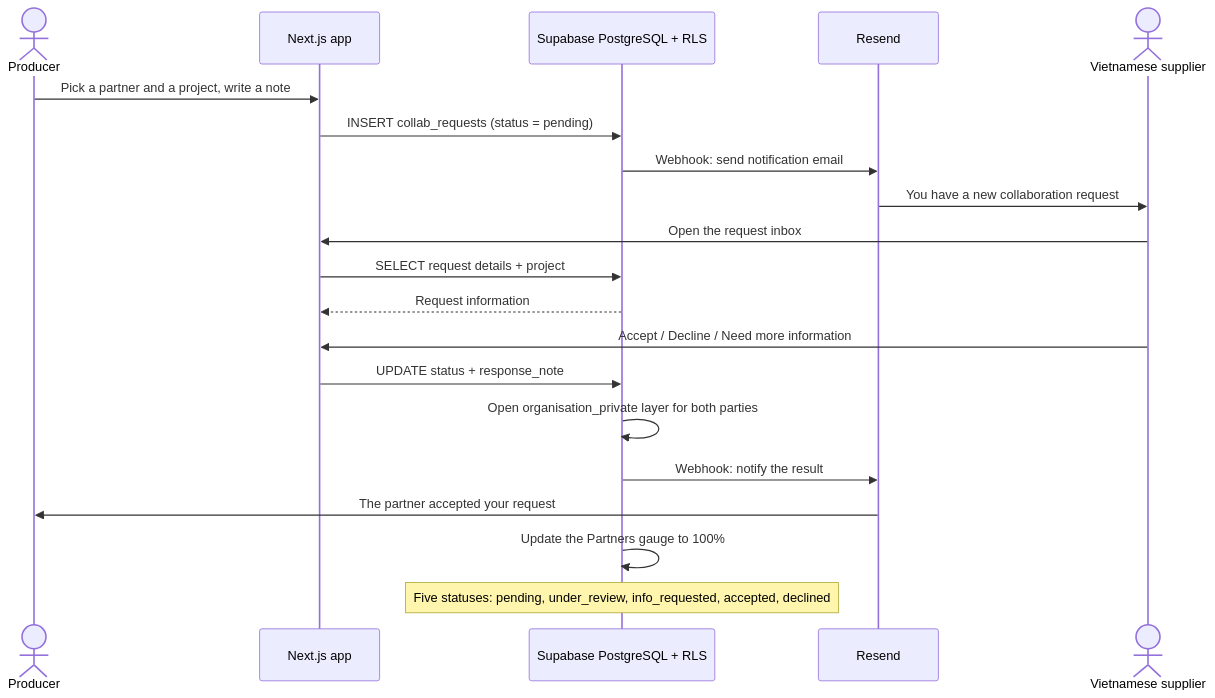
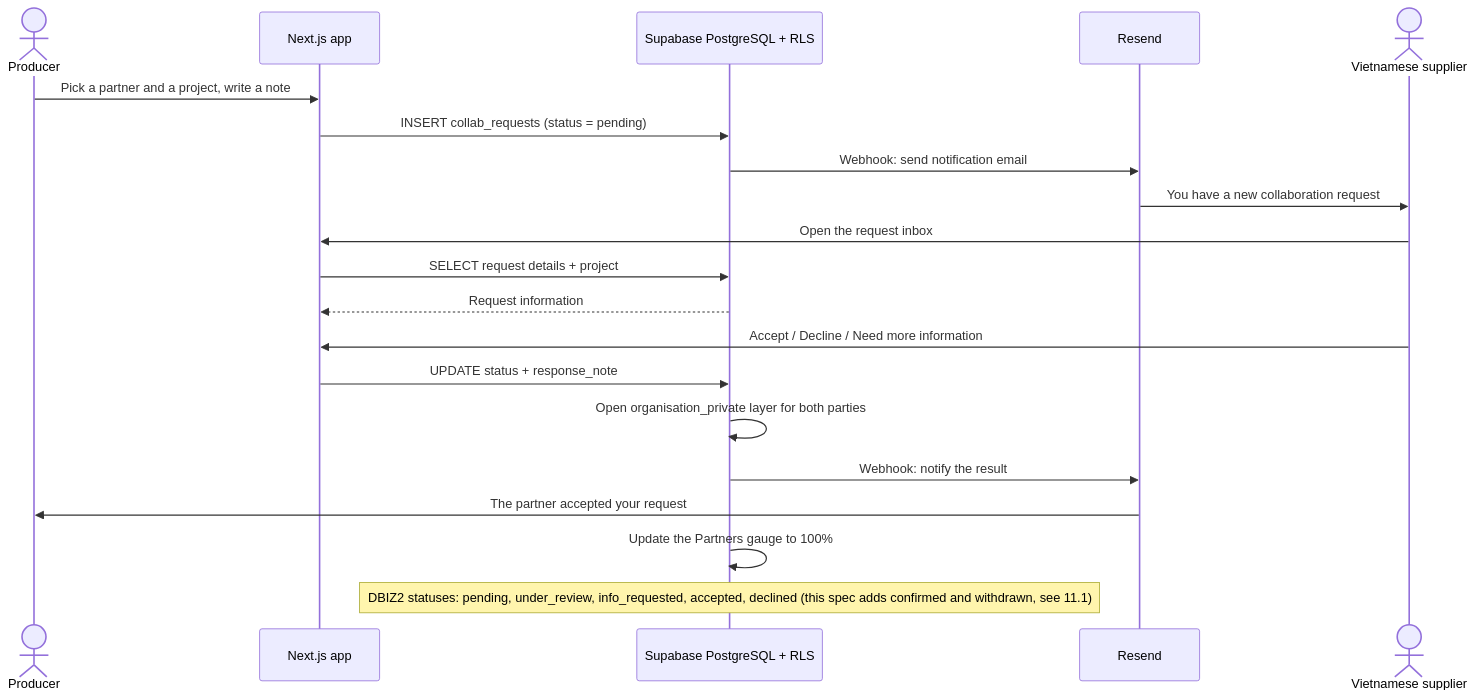
The third of 4 diagrams in docs/spec/spec-M4.md (namnt2005/CINEMATCH-DBIZ3.TeamC), drawn with Mermaid before and after one commit. The commit also changed other lines of this file and 223 other files, not shown here.

Commit message:
fix: resolve rubric C1-C6 (data model, schema, seed, specs, docs)

````diff
--- a/docs/spec/spec-M4.md
+++ b/docs/spec/spec-M4.md
@@ -138,23 +138,23 @@
 ```mermaid
 sequenceDiagram
     actor U as Producer
     participant FE as Next.js app
     participant DB as Supabase PostgreSQL + RLS
     participant MAIL as Resend
     actor PT as Vietnamese supplier
 
     U->>FE: Pick a partner and a project, write a note
     FE->>DB: INSERT collab_requests (status = pending)
     DB->>MAIL: Webhook: send notification email
     MAIL->>PT: You have a new collaboration request
     PT->>FE: Open the request inbox
     FE->>DB: SELECT request details + project
     DB-->>FE: Request information
     PT->>FE: Accept / Decline / Need more information
     FE->>DB: UPDATE status + response_note
     DB->>DB: Open organisation_private layer for both parties
     DB->>MAIL: Webhook: notify the result
     MAIL->>U: The partner accepted your request
     DB->>DB: Update the Partners gauge to 100%
-    Note over DB: Five statuses: pending, under_review, info_requested, accepted, declined
+    Note over DB: DBIZ2 statuses: pending, under_review, info_requested, accepted, declined (this spec adds confirmed and withdrawn, see 11.1)
 ```
````
